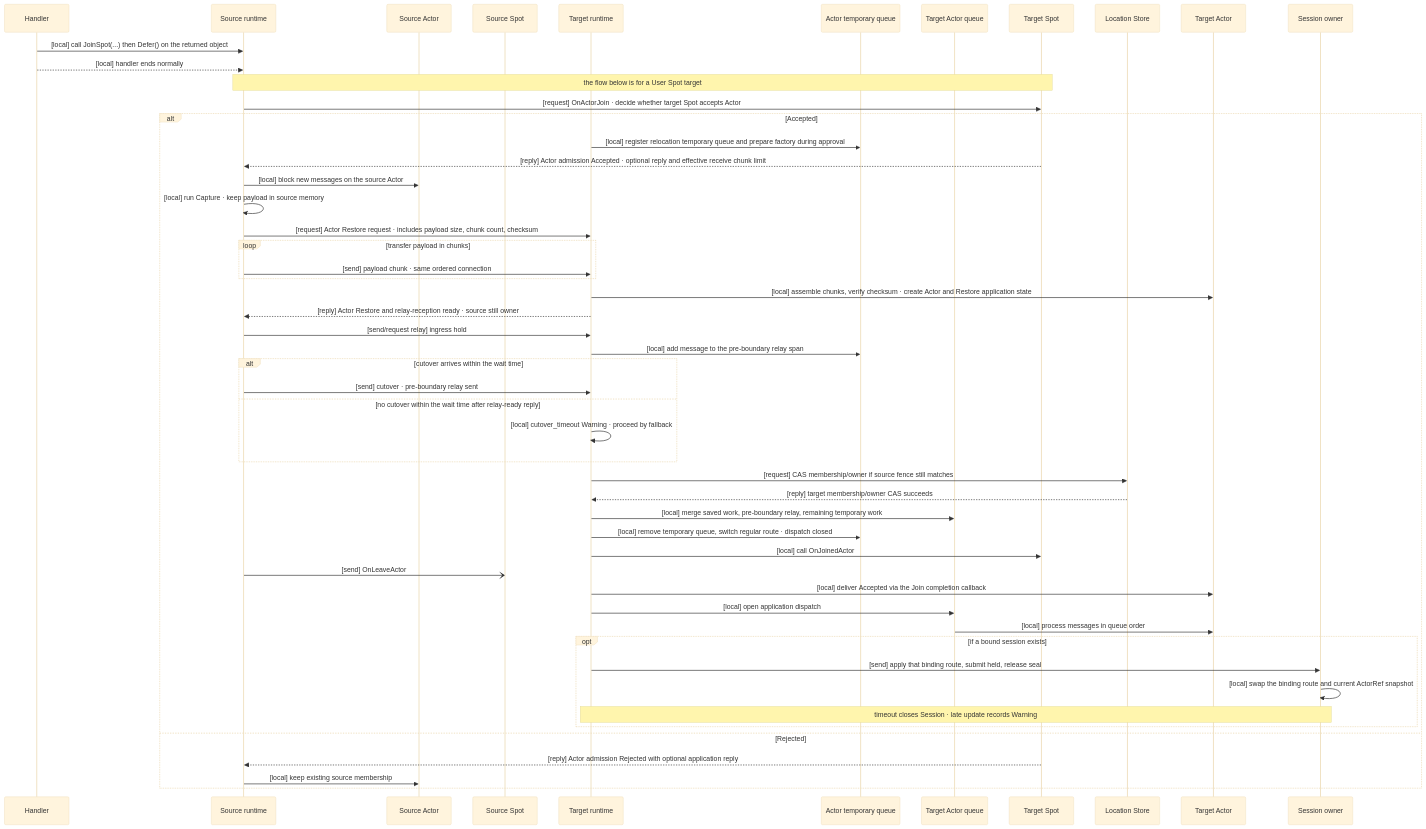
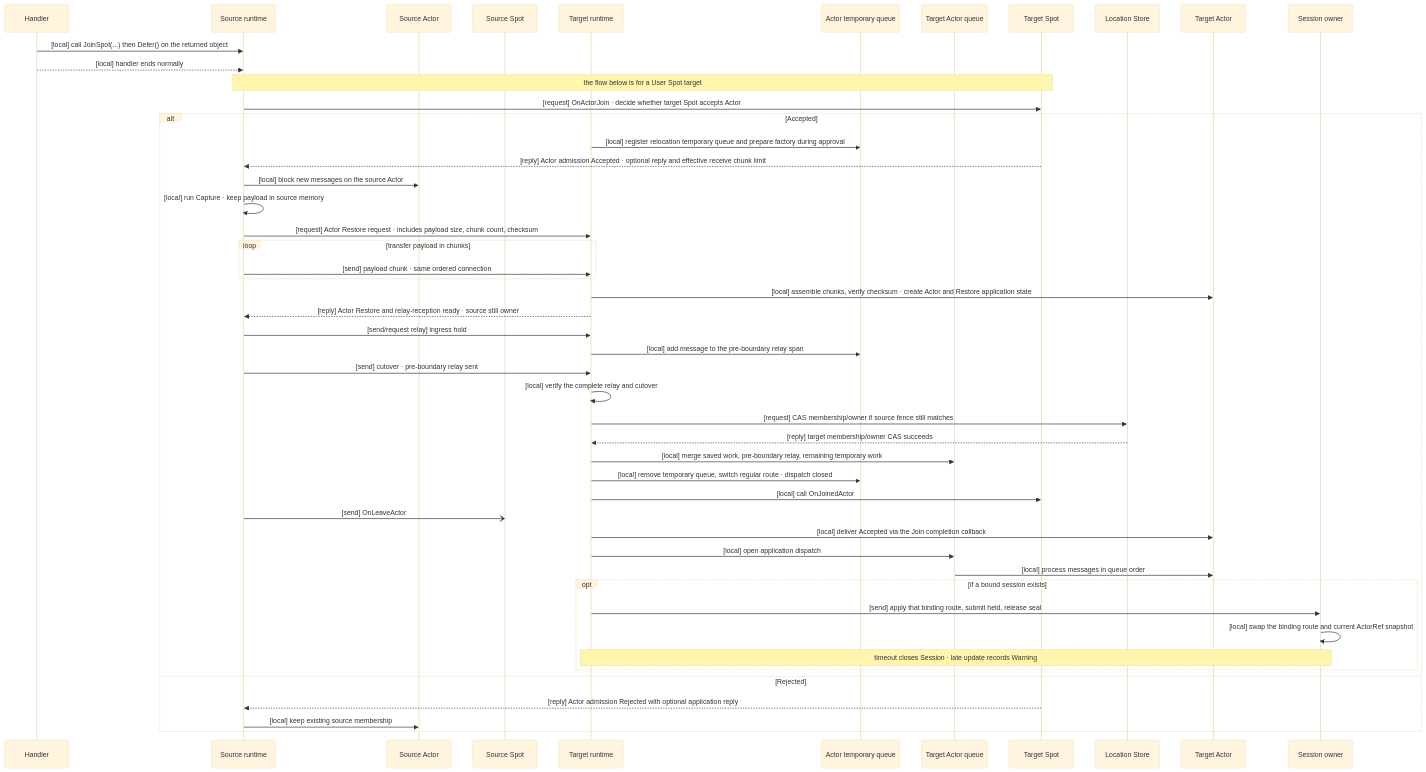
One commit to zlink-systems/zlink changed the second of 3 diagrams in framework/doc/framework/common/spec/server/03-spot-actor/05-spot-actor-membership.en.md. Above: the diagram before and after it, drawn with Mermaid (base theme). The commit also changed other lines of this file and 73 other files, not shown here.

````diff
--- a/framework/doc/framework/common/spec/server/03-spot-actor/05-spot-actor-membership.en.md
+++ b/framework/doc/framework/common/spec/server/03-spot-actor/05-spot-actor-membership.en.md
@@ -626,55 +622,52 @@
 ```mermaid
 sequenceDiagram
     participant Handler
     participant SourceRuntime as Source runtime
     participant SourceActor as Source Actor
     participant SourceSpot as Source Spot
     participant TargetRuntime as Target runtime
     participant TargetTemp as Actor temporary queue
     participant TargetQueue as Target Actor queue
     participant TargetSpot as Target Spot
     participant LocationStore as Location Store
     participant TargetActor as Target Actor
     participant SessionOwner as Session owner
 
     Handler->>SourceRuntime: [local] call JoinSpot(...) then Defer() on the returned object
     Handler-->>SourceRuntime: [local] handler ends normally
     Note over SourceRuntime,TargetSpot: the flow below is for a User Spot target
     SourceRuntime->>TargetSpot: [request] OnActorJoin · decide whether target Spot accepts Actor
     alt Accepted
         TargetRuntime->>TargetTemp: [local] register relocation temporary queue and prepare factory during approval
         TargetSpot-->>SourceRuntime: [reply] Actor admission Accepted · optional reply and effective receive chunk limit
         SourceRuntime->>SourceActor: [local] block new messages on the source Actor
         SourceRuntime->>SourceRuntime: [local] run Capture · keep payload in source memory
         SourceRuntime->>TargetRuntime: [request] Actor Restore request · includes payload size, chunk count, checksum
         loop transfer payload in chunks
             SourceRuntime->>TargetRuntime: [send] payload chunk · same ordered connection
         end
         TargetRuntime->>TargetActor: [local] assemble chunks, verify checksum · create Actor and Restore application state
         TargetRuntime-->>SourceRuntime: [reply] Actor Restore and relay-reception ready · source still owner
         SourceRuntime->>TargetRuntime: [send/request relay] ingress hold
         TargetRuntime->>TargetTemp: [local] add message to the pre-boundary relay span
-        alt cutover arrives within the wait time
-            SourceRuntime->>TargetRuntime: [send] cutover · pre-boundary relay sent
-        else no cutover within the wait time after relay-ready reply
-            TargetRuntime->>TargetRuntime: [local] cutover_timeout Warning · proceed by fallback
-        end
+        SourceRuntime->>TargetRuntime: [send] cutover · pre-boundary relay sent
+        TargetRuntime->>TargetRuntime: [local] verify the complete relay and cutover
         TargetRuntime->>LocationStore: [request] CAS membership/owner if source fence still matches
         LocationStore-->>TargetRuntime: [reply] target membership/owner CAS succeeds
         TargetRuntime->>TargetQueue: [local] merge saved work, pre-boundary relay, remaining temporary work
         TargetRuntime->>TargetTemp: [local] remove temporary queue, switch regular route · dispatch closed
         TargetRuntime->>TargetSpot: [local] call OnJoinedActor
         SourceRuntime-)SourceSpot: [send] OnLeaveActor
         TargetRuntime->>TargetActor: [local] deliver Accepted via the Join completion callback
         TargetRuntime->>TargetQueue: [local] open application dispatch
         TargetQueue->>TargetActor: [local] process messages in queue order
         opt if a bound session exists
             TargetRuntime->>SessionOwner: [send] apply that binding route, submit held, release seal
             SessionOwner->>SessionOwner: [local] swap the binding route and current ActorRef snapshot
             Note over TargetRuntime,SessionOwner: timeout closes Session · late update records Warning
         end
     else Rejected
         TargetSpot-->>SourceRuntime: [reply] Actor admission Rejected with optional application reply
         SourceRuntime->>SourceActor: [local] keep existing source membership
     end
 ```
````
